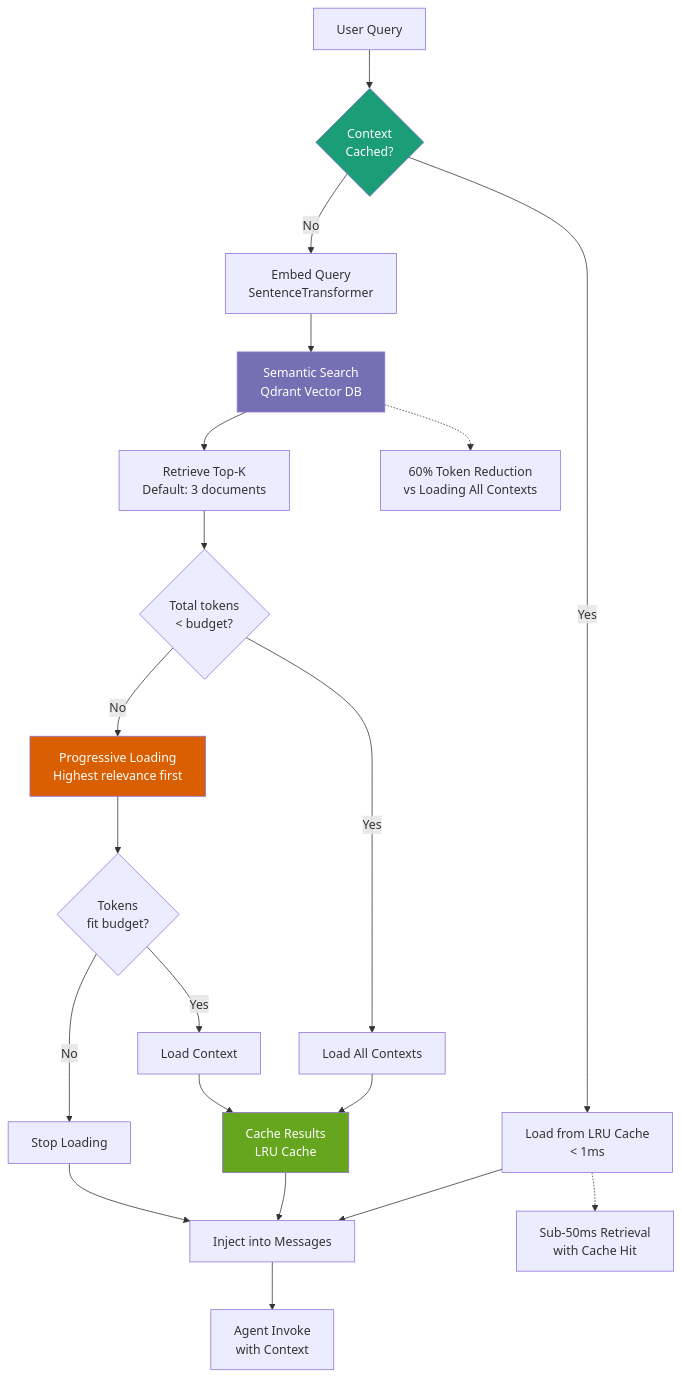
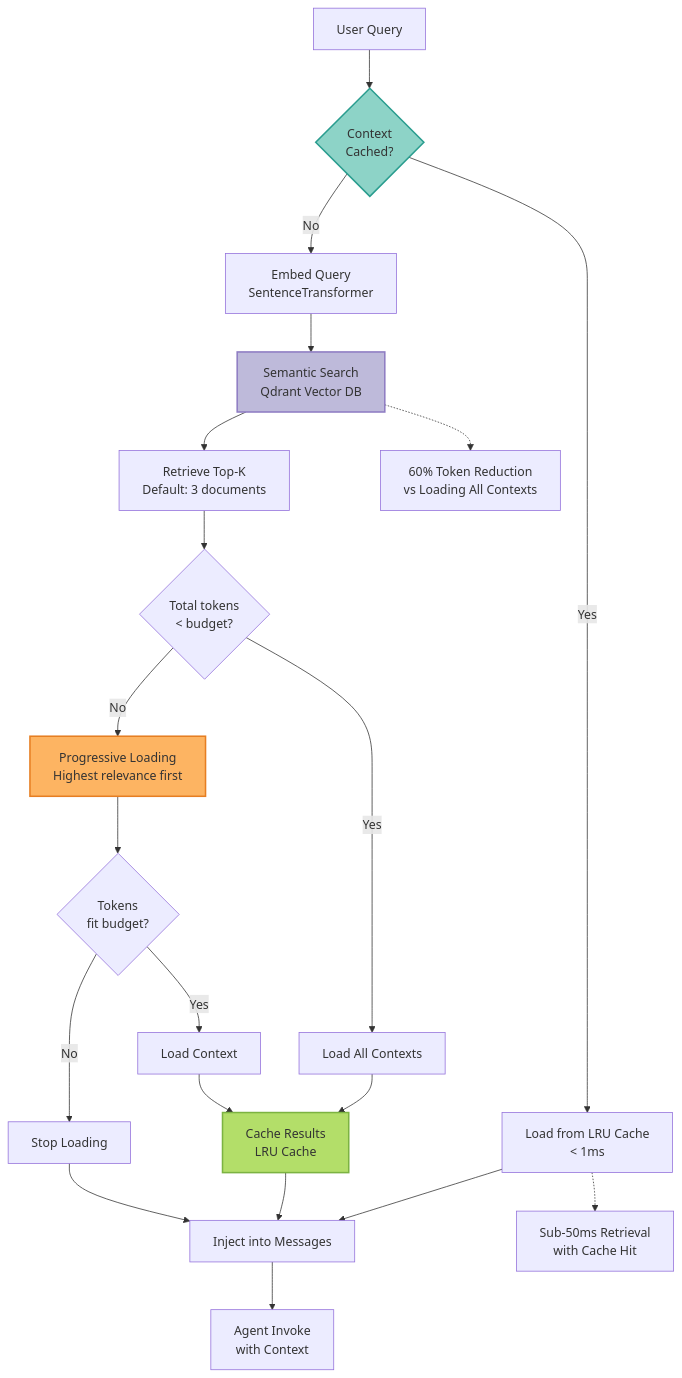
The seventh of 10 diagrams in docs/diagrams/system-architecture.mdx (vishnu2kmohan/mcp-server-langgraph), drawn with Mermaid before and after one commit. The commit also changed other lines of this file and 11 other files, not shown here.

First line of the commit message:
style: migrate all diagrams from Dark2 to Set3 ColorBrewer2 palette

````diff
--- a/docs/diagrams/system-architecture.mdx
+++ b/docs/diagrams/system-architecture.mdx
@@ -400,39 +400,39 @@
 ```mermaid
 flowchart TD
     UserQuery[User Query] --> CheckCache{Context<br/>Cached?}
 
     CheckCache -->|Yes| LoadCache[Load from LRU Cache<br/>< 1ms]
     CheckCache -->|No| Embed[Embed Query<br/>SentenceTransformer]
 
     Embed --> Search[Semantic Search<br/>Qdrant Vector DB]
     Search --> TopK[Retrieve Top-K<br/>Default: 3 documents]
 
     TopK --> TokenCheck{Total tokens<br/>< budget?}
 
     TokenCheck -->|Yes| LoadAll[Load All Contexts]
     TokenCheck -->|No| Progressive[Progressive Loading<br/>Highest relevance first]
 
     Progressive --> TokenFit{Tokens<br/>fit budget?}
     TokenFit -->|Yes| LoadContext[Load Context]
     TokenFit -->|No| StopLoading[Stop Loading]
 
     LoadAll --> CacheResults[Cache Results<br/>LRU Cache]
     LoadContext --> CacheResults
     LoadCache --> InjectMsg[Inject into Messages]
     CacheResults --> InjectMsg
     StopLoading --> InjectMsg
 
     InjectMsg --> AgentInvoke[Agent Invoke<br/>with Context]
 
-    style CheckCache fill:#1b9e77,color:#fff
-    style Search fill:#7570b3,color:#fff
-    style Progressive fill:#d95f02,color:#fff
-    style CacheResults fill:#66a61e,color:#fff
+    style CheckCache fill:#8dd3c7,stroke:#2a9d8f,stroke-width:2px,color:#333
+    style Search fill:#bebada,stroke:#8e7cc3,stroke-width:2px,color:#333
+    style Progressive fill:#fdb462,stroke:#e67e22,stroke-width:2px,color:#333
+    style CacheResults fill:#b3de69,stroke:#7cb342,stroke-width:2px,color:#333
 
     %% Annotations
     Note1[60% Token Reduction<br/>vs Loading All Contexts]
     Note2[Sub-50ms Retrieval<br/>with Cache Hit]
 
     Search -.-> Note1
     LoadCache -.-> Note2
 ```
````
